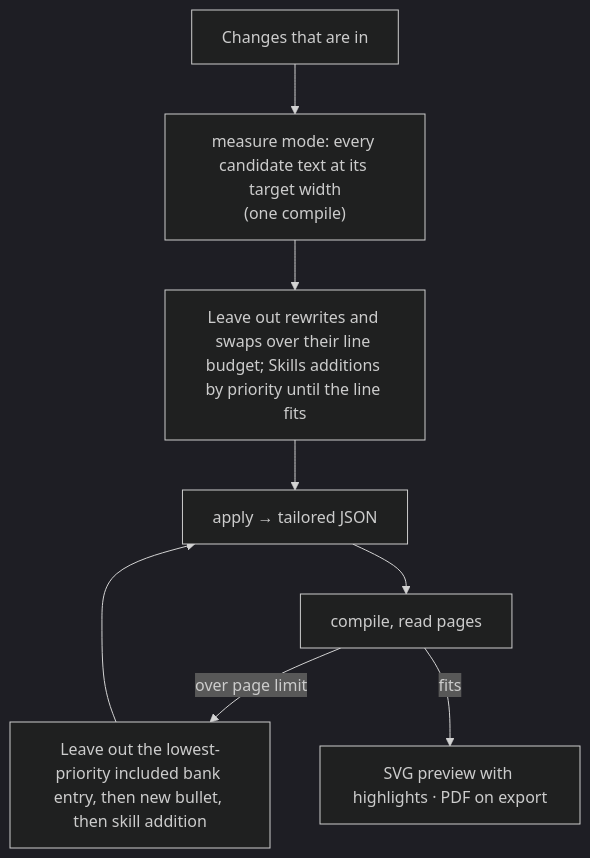
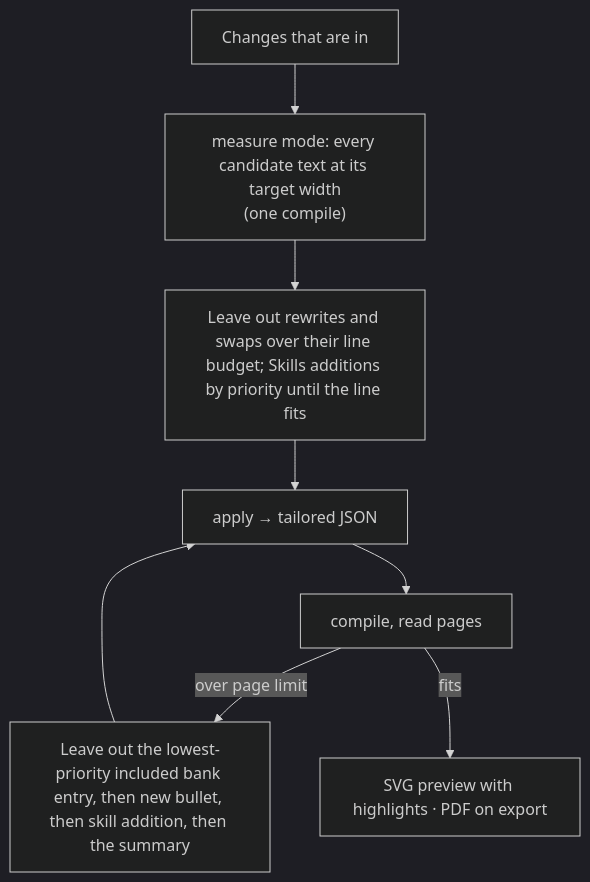
Before and after one commit to bubb4rd/gliide: the fourth of 4 diagrams in ARCHITECTURE.md, drawn with Mermaid (dark theme). The commit also changed other lines of this file and 32 other files, not shown here.

````diff
--- a/ARCHITECTURE.md
+++ b/ARCHITECTURE.md
@@ -428,10 +431,10 @@
 ```mermaid
 flowchart TD
   A[Changes that are in] --> M["measure mode: every candidate text at its target width<br/>(one compile)"]
   M --> L[Leave out rewrites and swaps over their line budget; Skills additions by priority until the line fits]
   L --> B[apply → tailored JSON]
   B --> C[compile, read pages]
-  C -->|over page limit| D[Leave out the lowest-priority included bank entry, then new bullet, then skill addition]
+  C -->|over page limit| D[Leave out the lowest-priority included bank entry, then new bullet, then skill addition, then the summary]
   D --> B
   C -->|fits| E[SVG preview with highlights · PDF on export]
 ```
````
